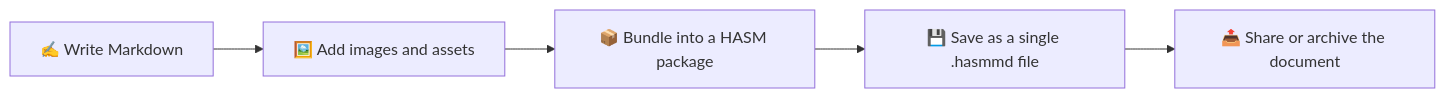
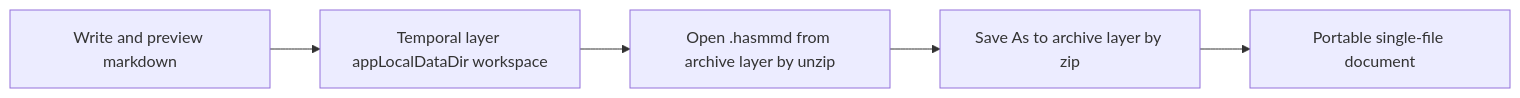
Before and after one commit to HibiyaHaraki/hasm_markdown: the diagram in README.md, drawn with Mermaid. The commit also changed other lines of this file and 11 other files, not shown here.

Commit message:
Add system diagram, sort test script

````diff
--- a/README.md
+++ b/README.md
@@ -26,7 +26,7 @@
 ```mermaid
 flowchart LR
-    A[✍️ Write Markdown] --> B[🖼️ Add images and assets]
-    B --> C[📦 Bundle into a HASM package]
-    C --> D[💾 Save as a single .hasmmd file]
-    D --> E[📤 Share or archive the document]
+    A[Write and preview markdown] --> B[Temporal layer appLocalDataDir workspace]
+    B --> C[Open .hasmmd from archive layer by unzip]
+    C --> D[Save As to archive layer by zip]
+    D --> E[Portable single-file document]
 ```
````
